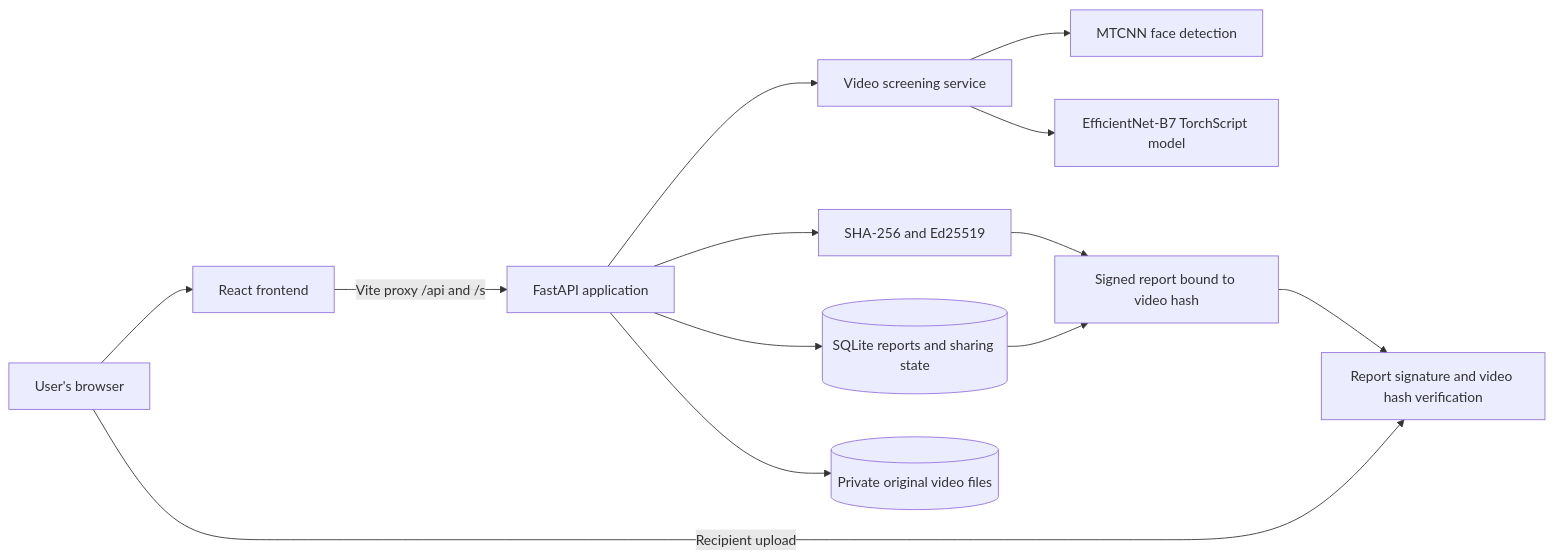
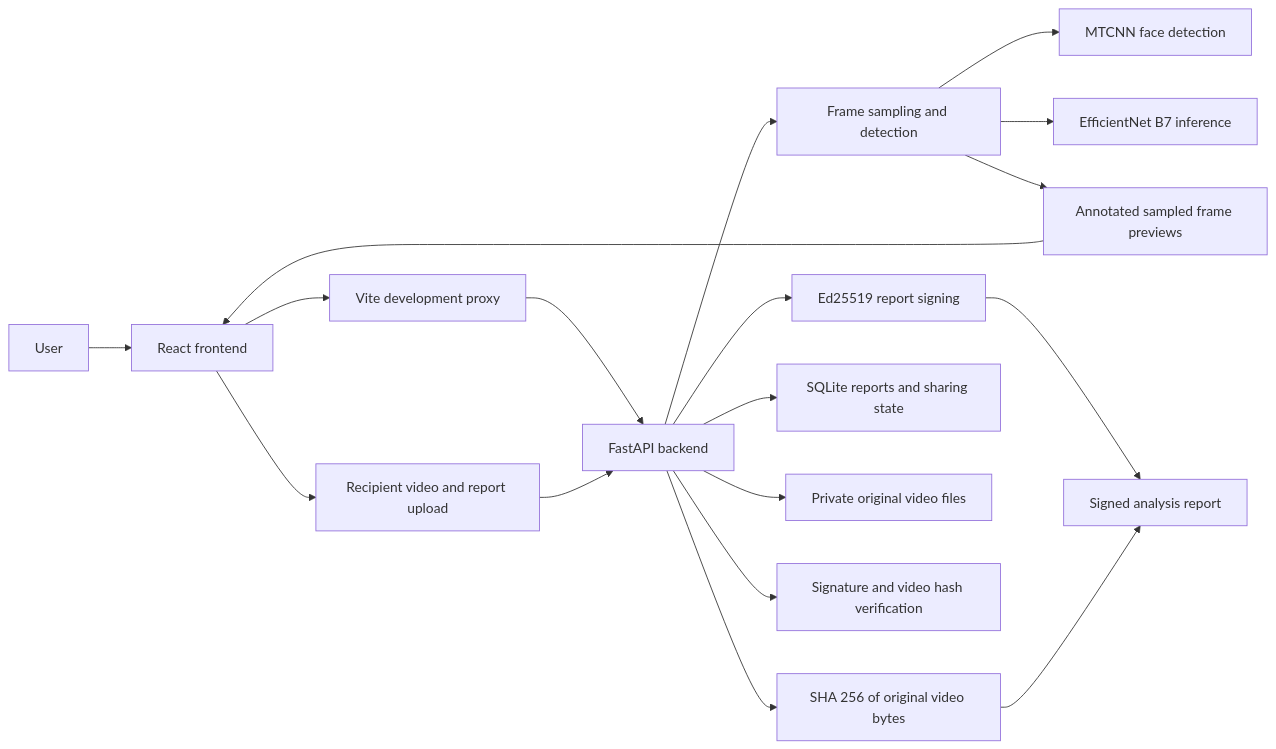
One commit to Manav-020/deepfake-video-verification changed the diagram in README.md. Above: the diagram before and after it, drawn with Mermaid. The commit also changed other lines of this file, not shown here.

````diff
--- a/README.md
+++ b/README.md
@@ -11,15 +21,20 @@
 ```mermaid
 flowchart LR
-    User[User's browser] --> React[React frontend]
-    React -->|Vite proxy /api and /s| API[FastAPI application]
-    API --> Detect[Video screening service]
-    Detect --> MTCNN[MTCNN face detection]
-    Detect --> Model[EfficientNet-B7 TorchScript model]
-    API --> Crypto[SHA-256 and Ed25519]
-    API --> Store[(SQLite reports and sharing state)]
-    API --> Files[(Private original video files)]
-    Crypto --> Report[Signed report bound to video hash]
-    Store --> Report
-    Report --> Verify[Report signature and video hash verification]
-    User -->|Recipient upload| Verify
+    User[User] --> Browser[React frontend]
+    Browser --> Vite[Vite development proxy]
+    Vite --> API[FastAPI backend]
+    API --> Detection[Frame sampling and detection]
+    Detection --> Faces[MTCNN face detection]
+    Detection --> Model[EfficientNet B7 inference]
+    Detection --> Previews[Annotated sampled frame previews]
+    API --> Hash[SHA 256 of original video bytes]
+    API --> Signing[Ed25519 report signing]
+    Signing --> Report[Signed analysis report]
+    Hash --> Report
+    API --> Database[SQLite reports and sharing state]
+    API --> VideoStore[Private original video files]
+    Browser --> Upload[Recipient video and report upload]
+    Upload --> API
+    API --> Verification[Signature and video hash verification]
+    Previews --> Browser
 ```
````
